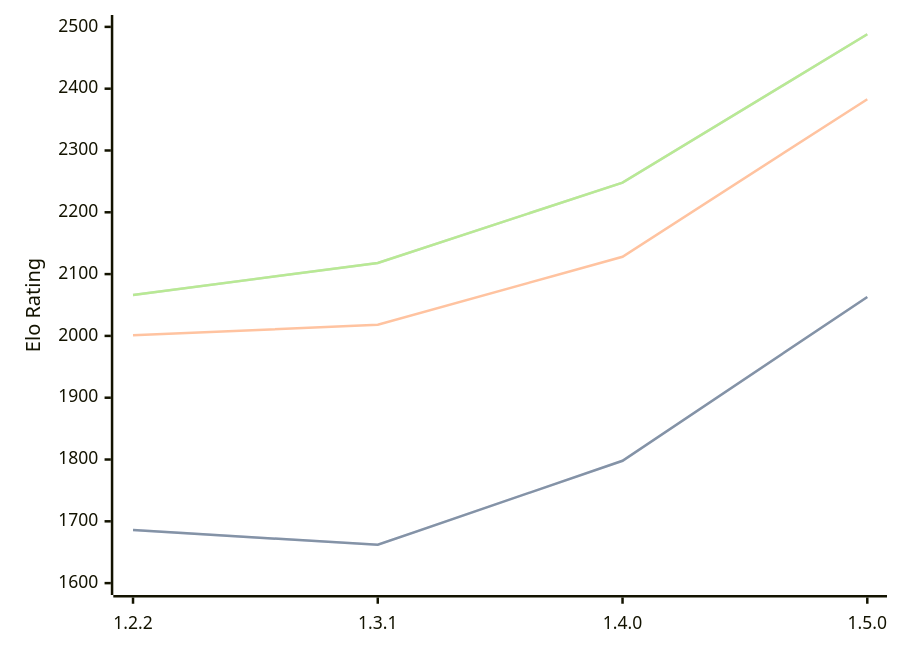
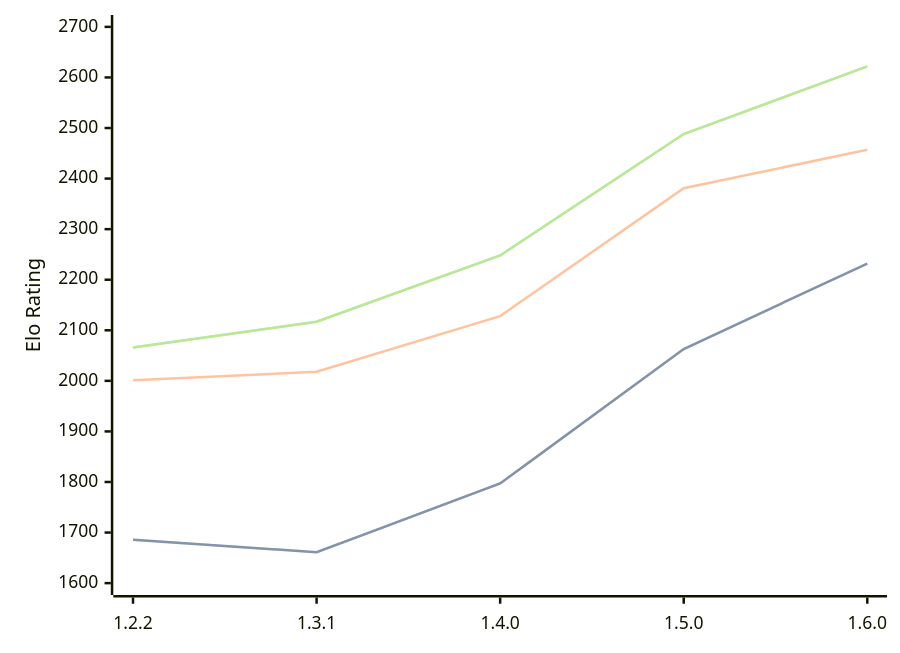
Before and after one commit to computer-chess-index/cci: the diagram in engines/SoloEngine.md, drawn with Mermaid. The commit also changed other lines of this file, not shown here.

Commit message:
Update CCI Ratings (ELO VLTC) - 2026-03-14

````diff
--- a/engines/SoloEngine.md
+++ b/engines/SoloEngine.md
@@ -33,11 +33,11 @@
 ```mermaid
 %%{init: {"theme":"base","themeVariables":{"seriesColors:['#a3a3a3','#222221','#faa371']}}}%%
 xychart-beta
-  x-axis ["1.2.2", "1.3.1", "1.4.0", "1.5.0"]
-  y-axis "Elo Rating" 1600 --> 2500
-  line "STC (8.0+0.08s)" [1686, 1662, 1798, 2063]
-  line "STC (8.0+0.08s)" [1686, 1662, 1798, 2063]
-  line "LTC (60.0+0.60s)" [2001, 2018, 2128, 2383]
-  line "VLTC (2m24s+1.12s)" [2066, 2118, 2248, 2488]
-  line "VLTC (2m24s+1.12s)" [2066, 2118, 2248, 2488]
+  x-axis ["1.2.2", "1.3.1", "1.4.0", "1.5.0", "1.6.0"]
+  y-axis "Elo Rating" 1600 --> 2700
+  line "STC (8.0+0.08s)" [1686, 1661, 1797, 2063, 2232]
+  line "STC (8.0+0.08s)" [1686, 1661, 1797, 2063, 2232]
+  line "LTC (60.0+0.60s)" [2001, 2018, 2128, 2381, 2457]
+  line "VLTC (2m24s+1.12s)" [2066, 2117, 2248, 2488, 2622]
+  line "VLTC (2m24s+1.12s)" [2066, 2117, 2248, 2488, 2622]
 ```
````
